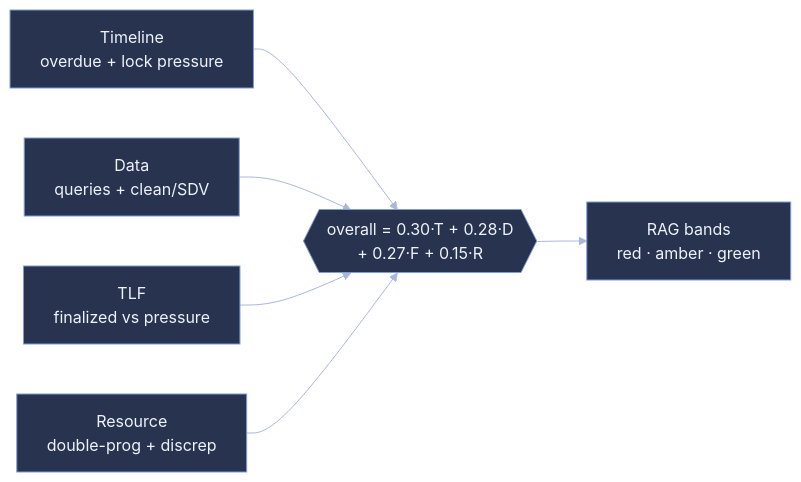
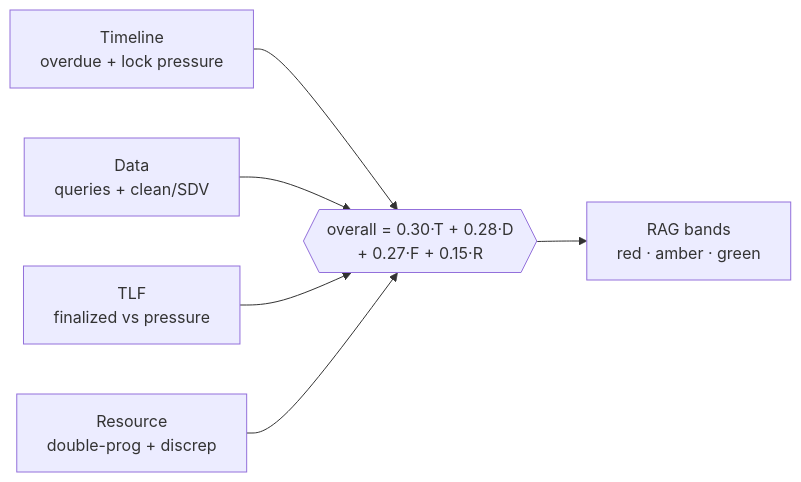
One commit to patrickiben/biometrics-ai-portfolio changed the second of 2 diagrams in lifecycle_dashboard/quarto/lifecycle-guide.qmd. Above: the diagram before and after it, drawn with Mermaid. The commit also changed other lines of this file and 26 other files, not shown here.

First line of the commit message:
Quarto pages: diagrams drawn again, figures in both themes, honest Shinylive links

````diff
--- a/lifecycle_dashboard/quarto/lifecycle-guide.qmd
+++ b/lifecycle_dashboard/quarto/lifecycle-guide.qmd
@@ -76,12 +76,11 @@
 ```{mermaid}
-%%{init: {'theme':'base','themeVariables':{'primaryColor':'#28344f','primaryTextColor':'#eef2fb','primaryBorderColor':'#7d9bd6','lineColor':'#aab8d6','clusterBkg':'#161d33','clusterBorder':'#3a476a','tertiaryColor':'#20406a','tertiaryTextColor':'#eef2fb','tertiaryBorderColor':'#7d9bd6','secondaryColor':'#20406a','secondaryTextColor':'#eef2fb'}}}%%
 flowchart LR
   accTitle: Operational risk score
   accDescr: Timeline, data, TLF and resource scores combine into an overall score, 0.30 T plus 0.28 D plus 0.27 F plus 0.15 R, which maps to red, amber or green bands.
   T["Timeline<br/>overdue + lock pressure"] --> O
   D["Data<br/>queries + clean/SDV"] --> O
   F["TLF<br/>finalized vs pressure"] --> O
   Rs["Resource<br/>double-prog + discrep"] --> O
   O{{"overall = 0.30·T + 0.28·D<br/>+ 0.27·F + 0.15·R"}}
   O --> RAG["RAG bands<br/>red · amber · green"]
 ```
````
